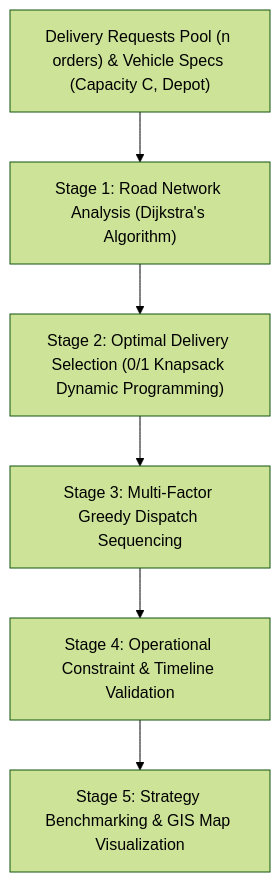
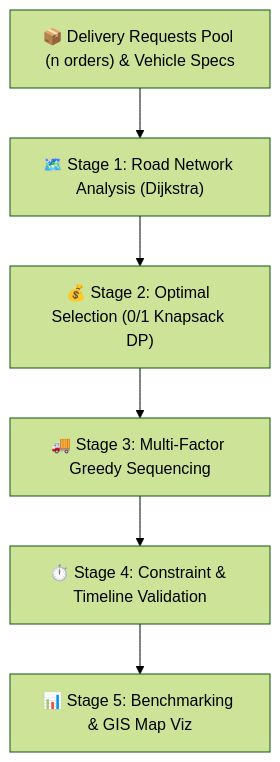
One commit to yasheswar/RouteX changed the diagram in README.md. Above: the diagram before and after it, drawn with Mermaid (forest theme). The commit also changed other lines of this file, not shown here.

````diff
--- a/README.md
+++ b/README.md
@@ -27,8 +52,8 @@
 ```mermaid
 flowchart TD
-    A["Delivery Requests Pool (n orders) & Vehicle Specs (Capacity C, Depot)"] --> B["Stage 1: Road Network Analysis (Dijkstra's Algorithm)"]
-    B --> C["Stage 2: Optimal Delivery Selection (0/1 Knapsack Dynamic Programming)"]
-    C --> D["Stage 3: Multi-Factor Greedy Dispatch Sequencing"]
-    D --> E["Stage 4: Operational Constraint & Timeline Validation"]
-    E --> F["Stage 5: Strategy Benchmarking & GIS Map Visualization"]
+    A["📦 Delivery Requests Pool (n orders) & Vehicle Specs"] --> B["🗺️ Stage 1: Road Network Analysis (Dijkstra)"]
+    B --> C["💰 Stage 2: Optimal Selection (0/1 Knapsack DP)"]
+    C --> D["🚚 Stage 3: Multi-Factor Greedy Sequencing"]
+    D --> E["⏱️ Stage 4: Constraint & Timeline Validation"]
+    E --> F["📊 Stage 5: Benchmarking & GIS Map Viz"]
 ```
````
